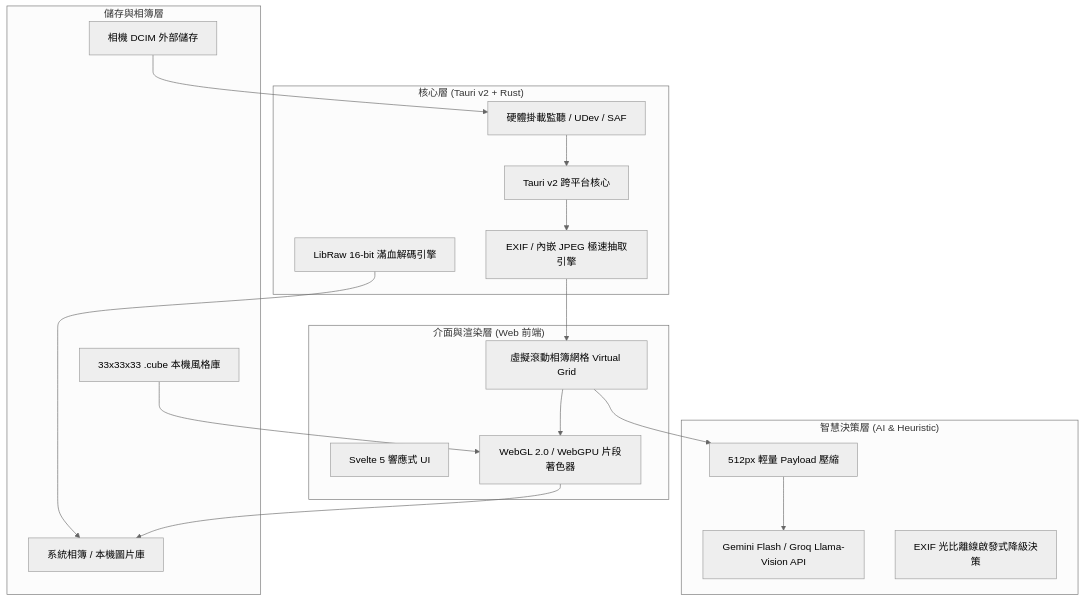
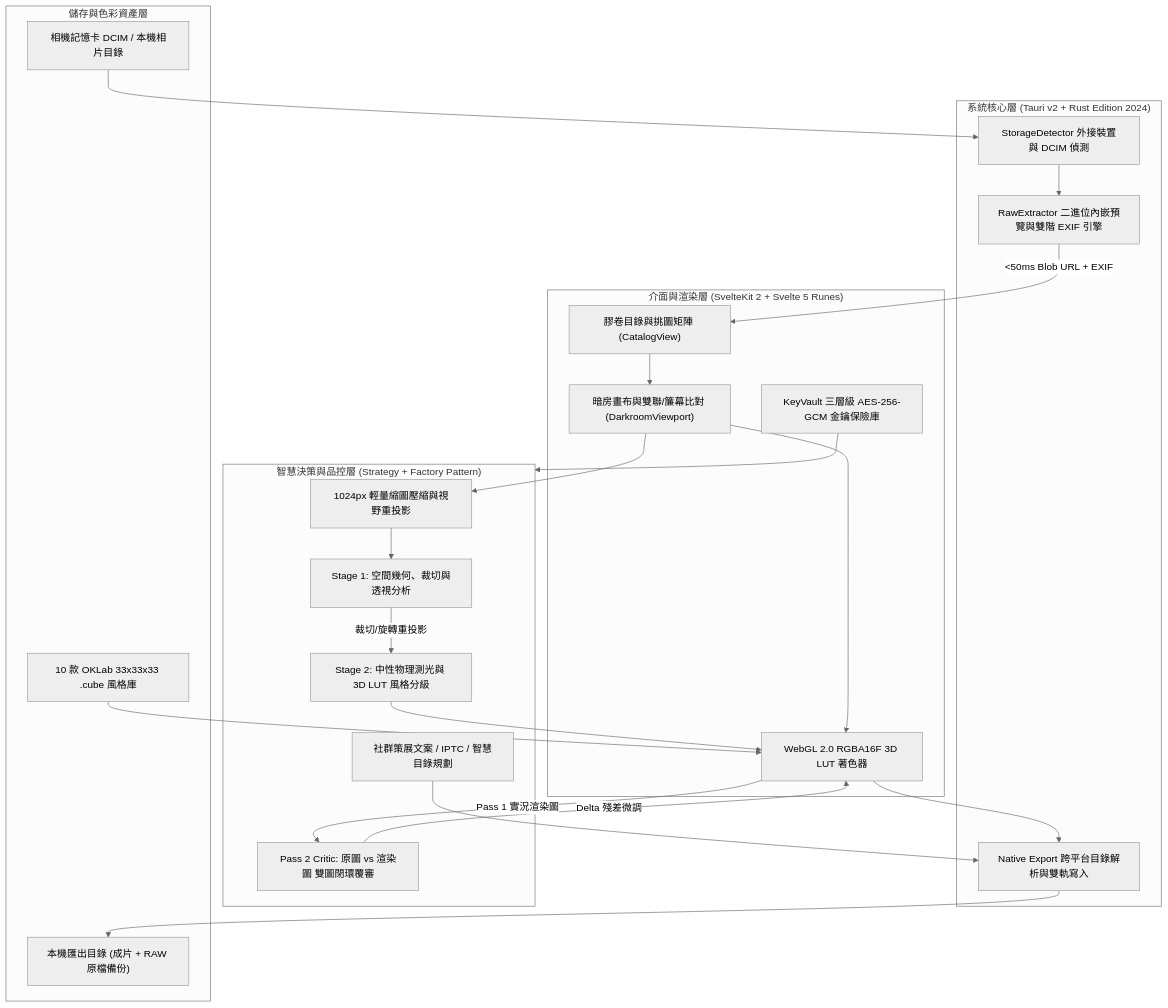
Before and after one commit to alvin999/slipknot-door: the diagram in README.md, drawn with Mermaid (neutral theme). The commit also changed other lines of this file, not shown here.

Commit message:
docs: update README to reflect current project architecture and workflow

````diff
--- a/README.md
+++ b/README.md
@@ -70,35 +107,43 @@
 ```mermaid
 graph TD
-    subgraph UI_Layer["介面與渲染層 (Web 前端)"]
-        UI[Svelte 5 響應式 UI]
-        Shader[WebGL 2.0 / WebGPU 片段著色器]
-        Grid[虛擬滾動相簿網格 Virtual Grid]
+    subgraph UI_Layer["介面與渲染層 (SvelteKit 2 + Svelte 5 Runes)"]
+        Catalog["膠卷目錄與挑圖矩陣 (CatalogView)"]
+        Viewport["暗房畫布與雙聯/簾幕比對 (DarkroomViewport)"]
+        Shader["WebGL 2.0 RGBA16F 3D LUT 著色器"]
+        KeyVault["KeyVault 三層級 AES-256-GCM 金鑰保險庫"]
     end
 
-    subgraph Core_Layer["核心層 (Tauri v2 + Rust)"]
-        Tauri[Tauri v2 跨平台核心]
-        Notify[硬體掛載監聽 / UDev / SAF]
-        ExifParser[EXIF / 內嵌 JPEG 極速抽取引擎]
-        RawDecoder[LibRaw 16-bit 滿血解碼引擎]
+    subgraph Core_Layer["系統核心層 (Tauri v2 + Rust Edition 2024)"]
+        Detector["StorageDetector 外接裝置與 DCIM 偵測"]
+        Extractor["RawExtractor 二進位內嵌預覽與雙階 EXIF 引擎"]
+        Exporter["Native Export 跨平台目錄解析與雙軌寫入"]
     end
 
-    subgraph AI_Engine["智慧決策層 (AI & Heuristic)"]
-        Compressor[512px 輕量 Payload 壓縮]
-        VisionModel[Gemini Flash / Groq Llama-Vision API]
-        Fallback[EXIF 光比離線啟發式降級決策]
+    subgraph AI_Engine["智慧決策與品控層 (Strategy + Factory Pattern)"]
+        Compressor["1024px 輕量縮圖壓縮與視野重投影"]
+        Stage1["Stage 1: 空間幾何、裁切與透視分析"]
+        Stage2["Stage 2: 中性物理測光與 3D LUT 風格分級"]
+        Critic["Pass 2 Critic: 原圖 vs 渲染圖 雙圖閉環覆審"]
+        TextGen["社群策展文案 / IPTC / 智慧目錄規劃"]
     end
 
-    subgraph Storage["儲存與相簿層"]
-        DCIM[相機 DCIM 外部儲存]
-        LUTs[33x33x33 .cube 本機風格庫]
-        SystemAlbum[系統相簿 / 本機圖片庫]
+    subgraph Storage["儲存與色彩資產層"]
+        DCIM["相機記憶卡 DCIM / 本機相片目錄"]
+        LUTs["10 款 OKLab 33x33x33 .cube 風格庫"]
+        Disk["本機匯出目錄 (成片 + RAW 原檔備份)"]
     end
 
-    DCIM --> Notify --> Tauri
-    Tauri --> ExifParser --> Grid
-    Grid --> Compressor --> VisionModel
-    Grid --> Shader
+    DCIM --> Detector --> Extractor
+    Extractor -->|"<50ms Blob URL + EXIF"| Catalog
+    Catalog --> Viewport
     LUTs --> Shader
-    Shader --> SystemAlbum
-    RawDecoder --> SystemAlbum
+    Viewport --> Shader
+    KeyVault --> AI_Engine
+    Viewport --> Compressor --> Stage1
+    Stage1 -->|"裁切/旋轉重投影"| Stage2
+    Stage2 --> Shader
+    Shader -->|"Pass 1 實況渲染圖"| Critic
+    Critic -->|"Delta 殘差微調"| Shader
+    Shader --> Exporter --> Disk
+    TextGen --> Exporter
 ```
````
